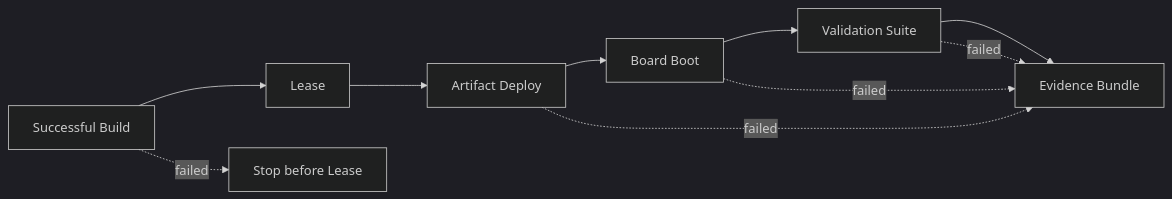
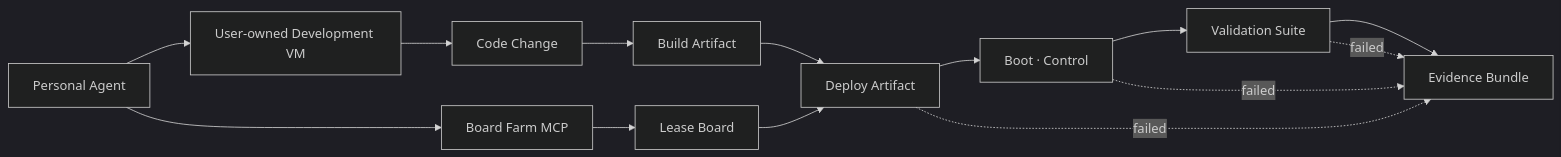
Before and after one commit to devSejung/platformclaw: the tenth of 16 diagrams in ARCHITECTURE.md, drawn with Mermaid (dark theme). The commit also changed other lines of this file and 32 other files, not shown here.

Commit message:
docs: clarify PlatformClaw personal VM and board workflow

````diff
--- a/ARCHITECTURE.md
+++ b/ARCHITECTURE.md
@@ -199,12 +199,14 @@
 ```mermaid
 flowchart LR
-  B["Successful Build"] --> L["Lease"]
-  L --> D["Artifact Deploy"]
-  D --> O["Board Boot"]
+  P["Personal Agent"] --> VM["User-owned Development VM"]
+  VM --> C["Code Change"] --> B["Build Artifact"]
+  P --> M["Board Farm MCP"] --> L["Lease Board"]
+  B --> D["Deploy Artifact"]
+  L --> D
+  D --> O["Boot · Control"]
   O --> V["Validation Suite"]
   V --> E["Evidence Bundle"]
-  B -. failed .-> X["Stop before Lease"]
   D -. failed .-> E
   O -. failed .-> E
   V -. failed .-> E
 ```
````
